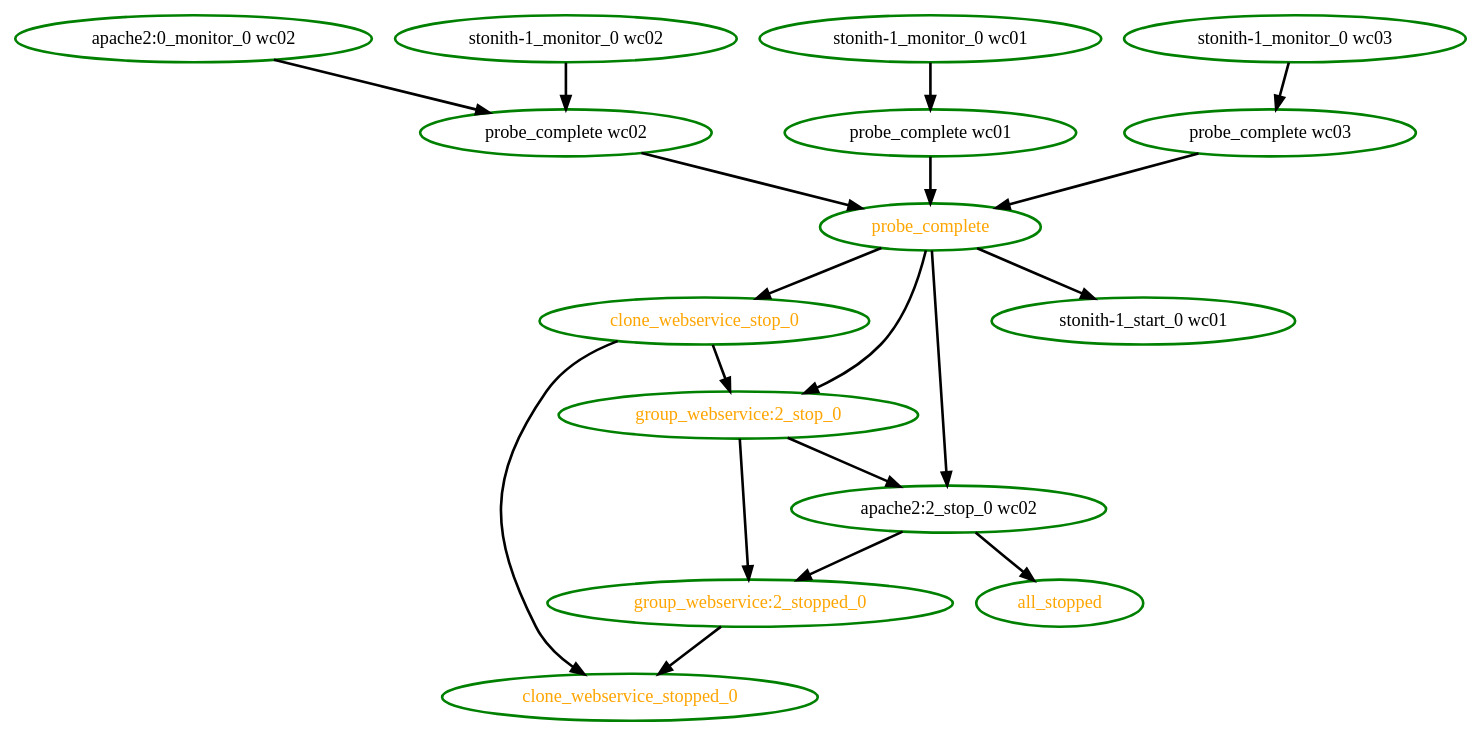
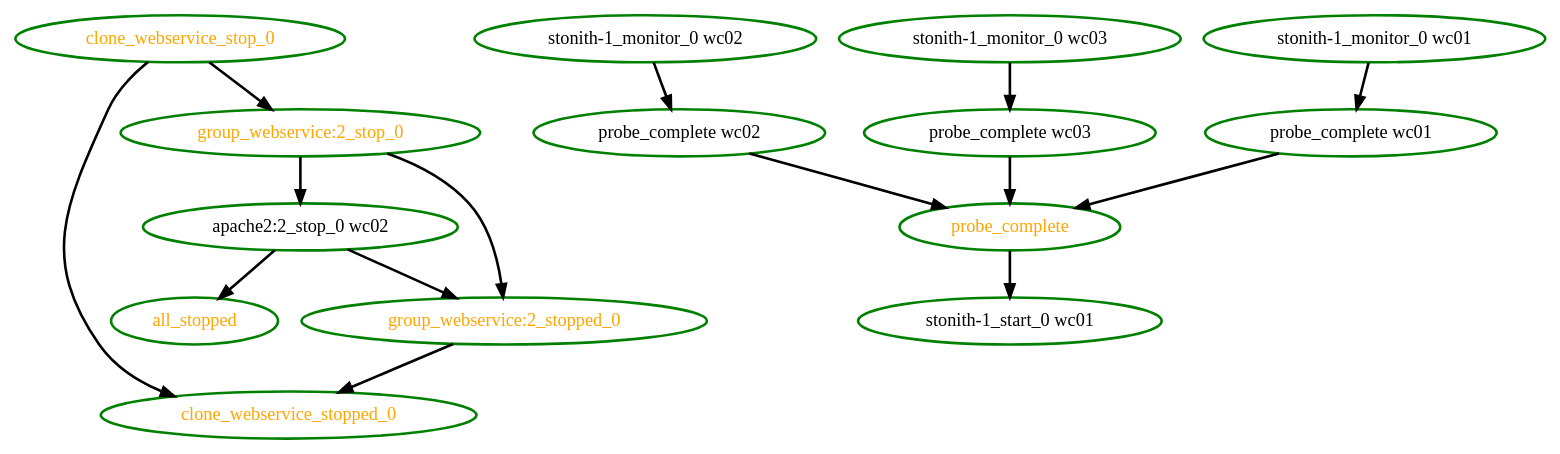
Before and after one commit to linux-ha-japan/pm_diskd: the diagram in pengine/test10/clone-anon-dup.dot, drawn with Graphviz. The commit also changed 4 other files, not shown here.

```diff
--- a/pengine/test10/clone-anon-dup.dot
+++ b/pengine/test10/clone-anon-dup.dot
@@ -1,35 +1,30 @@
 digraph "g" {
 "all_stopped" [ style=bold color="green" fontcolor="orange"  ]
-"apache2:0_monitor_0 wc02" -> "probe_complete wc02" [ style = bold]
-"apache2:0_monitor_0 wc02" [ style=bold color="green" fontcolor="black"  ]
 "apache2:2_stop_0 wc02" -> "all_stopped" [ style = bold]
 "apache2:2_stop_0 wc02" -> "group_webservice:2_stopped_0" [ style = bold]
 "apache2:2_stop_0 wc02" [ style=bold color="green" fontcolor="black"  ]
 "clone_webservice_stop_0" -> "clone_webservice_stopped_0" [ style = bold]
 "clone_webservice_stop_0" -> "group_webservice:2_stop_0" [ style = bold]
 "clone_webservice_stop_0" [ style=bold color="green" fontcolor="orange"  ]
 "clone_webservice_stopped_0" [ style=bold color="green" fontcolor="orange"  ]
 "group_webservice:2_stop_0" -> "apache2:2_stop_0 wc02" [ style = bold]
 "group_webservice:2_stop_0" -> "group_webservice:2_stopped_0" [ style = bold]
 "group_webservice:2_stop_0" [ style=bold color="green" fontcolor="orange"  ]
 "group_webservice:2_stopped_0" -> "clone_webservice_stopped_0" [ style = bold]
 "group_webservice:2_stopped_0" [ style=bold color="green" fontcolor="orange"  ]
 "probe_complete wc01" -> "probe_complete" [ style = bold]
 "probe_complete wc01" [ style=bold color="green" fontcolor="black"  ]
 "probe_complete wc02" -> "probe_complete" [ style = bold]
 "probe_complete wc02" [ style=bold color="green" fontcolor="black"  ]
 "probe_complete wc03" -> "probe_complete" [ style = bold]
 "probe_complete wc03" [ style=bold color="green" fontcolor="black"  ]
-"probe_complete" -> "apache2:2_stop_0 wc02" [ style = bold]
-"probe_complete" -> "clone_webservice_stop_0" [ style = bold]
-"probe_complete" -> "group_webservice:2_stop_0" [ style = bold]
 "probe_complete" -> "stonith-1_start_0 wc01" [ style = bold]
 "probe_complete" [ style=bold color="green" fontcolor="orange"  ]
 "stonith-1_monitor_0 wc01" -> "probe_complete wc01" [ style = bold]
 "stonith-1_monitor_0 wc01" [ style=bold color="green" fontcolor="black"  ]
 "stonith-1_monitor_0 wc02" -> "probe_complete wc02" [ style = bold]
 "stonith-1_monitor_0 wc02" [ style=bold color="green" fontcolor="black"  ]
 "stonith-1_monitor_0 wc03" -> "probe_complete wc03" [ style = bold]
 "stonith-1_monitor_0 wc03" [ style=bold color="green" fontcolor="black"  ]
 "stonith-1_start_0 wc01" [ style=bold color="green" fontcolor="black"  ]
 }
```
